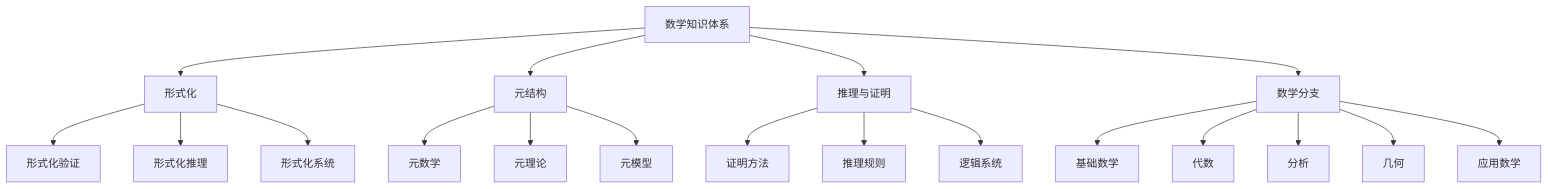
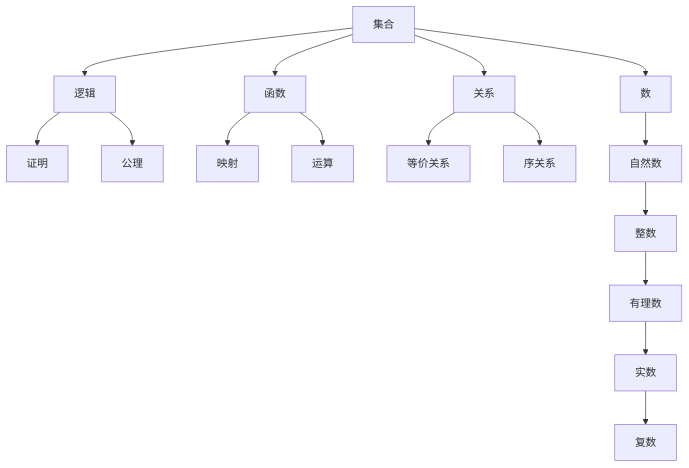
Before and after one commit to AdaMartin18010/Mathematics: the first of 5 diagrams in Math/Refactor/00-项目总览/01-知识图谱分析.md, drawn with Mermaid. The commit also changed other lines of this file and 22 other files, not shown here.

````diff
--- a/Math/Refactor/00-项目总览/01-知识图谱分析.md
+++ b/Math/Refactor/00-项目总览/01-知识图谱分析.md
@@ -7,25 +30,18 @@
 ```mermaid
 graph TD
-    A[数学知识体系] --> B[形式化]
-    A --> C[元结构]
-    A --> D[推理与证明]
-    A --> E[数学分支]
-    
-    B --> B1[形式化验证]
-    B --> B2[形式化推理]
-    B --> B3[形式化系统]
-    
-    C --> C1[元数学]
-    C --> C2[元理论]
-    C --> C3[元模型]
-    
-    D --> D1[证明方法]
-    D --> D2[推理规则]
-    D --> D3[逻辑系统]
-    
-    E --> E1[基础数学]
-    E --> E2[代数]
-    E --> E3[分析]
-    E --> E4[几何]
-    E --> E5[应用数学]
+    Set[集合] --> Logic[逻辑]
+    Set --> Function[函数]
+    Set --> Relation[关系]
+    Logic --> Proof[证明]
+    Logic --> Axiom[公理]
+    Function --> Mapping[映射]
+    Function --> Operation[运算]
+    Relation --> EquivRel[等价关系]
+    Relation --> OrderRel[序关系]
+    Set --> Number[数]
+    Number --> NatNum[自然数]
+    NatNum --> Integer[整数]
+    Integer --> Rational[有理数]
+    Rational --> Real[实数]
+    Real --> Complex[复数]
 ```
````
